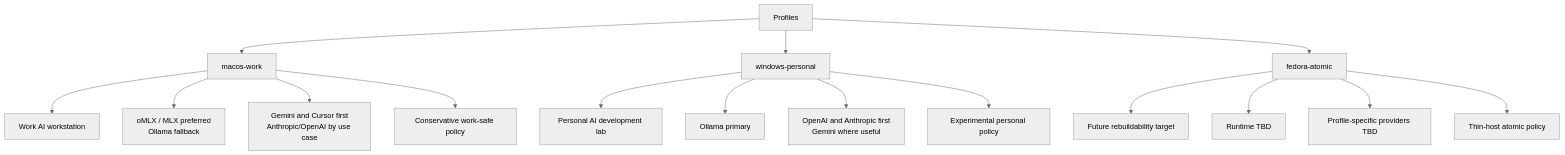
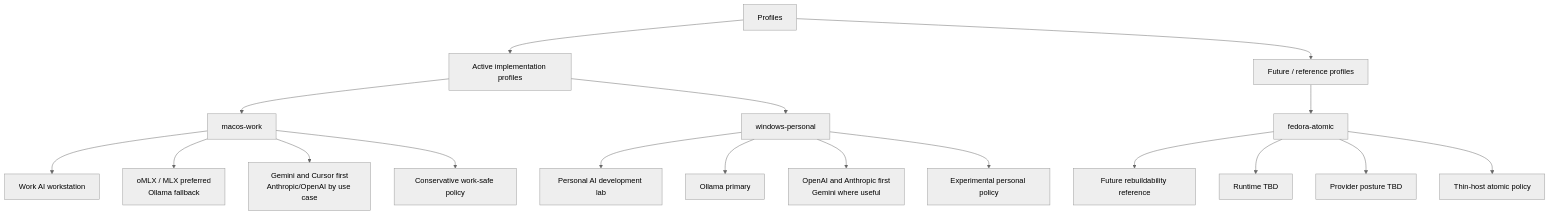
The first of 3 diagrams in docs/06-profiles.md (Deim0s13/ai-lab), drawn with Mermaid (neutral theme) before and after one commit. The commit also changed other lines of this file, not shown here.

Commit message:
Clarify profile status and context boundaries

````diff
--- a/docs/06-profiles.md
+++ b/docs/06-profiles.md
@@ -32,27 +32,33 @@
 ```mermaid id="9vba0p"
 flowchart TD
     Profiles[Profiles]
+
+    Active[Active implementation profiles]
+    Future[Future / reference profiles]
 
     Mac[macos-work]
     Win[windows-personal]
     Fedora[fedora-atomic]
 
-    Profiles --> Mac
-    Profiles --> Win
-    Profiles --> Fedora
+    Profiles --> Active
+    Profiles --> Future
+
+    Active --> Mac
+    Active --> Win
+    Future --> Fedora
 
     Mac --> MacUse[Work AI workstation]
     Mac --> MacRuntime[oMLX / MLX preferred<br/>Ollama fallback]
     Mac --> MacProviders[Gemini and Cursor first<br/>Anthropic/OpenAI by use case]
     Mac --> MacPolicy[Conservative work-safe policy]
 
     Win --> WinUse[Personal AI development lab]
     Win --> WinRuntime[Ollama primary]
     Win --> WinProviders[OpenAI and Anthropic first<br/>Gemini where useful]
     Win --> WinPolicy[Experimental personal policy]
 
-    Fedora --> FedoraUse[Future rebuildability target]
+    Fedora --> FedoraUse[Future rebuildability reference]
     Fedora --> FedoraRuntime[Runtime TBD]
-    Fedora --> FedoraProviders[Profile-specific providers TBD]
+    Fedora --> FedoraProviders[Provider posture TBD]
     Fedora --> FedoraPolicy[Thin-host atomic policy]
 ```
````
